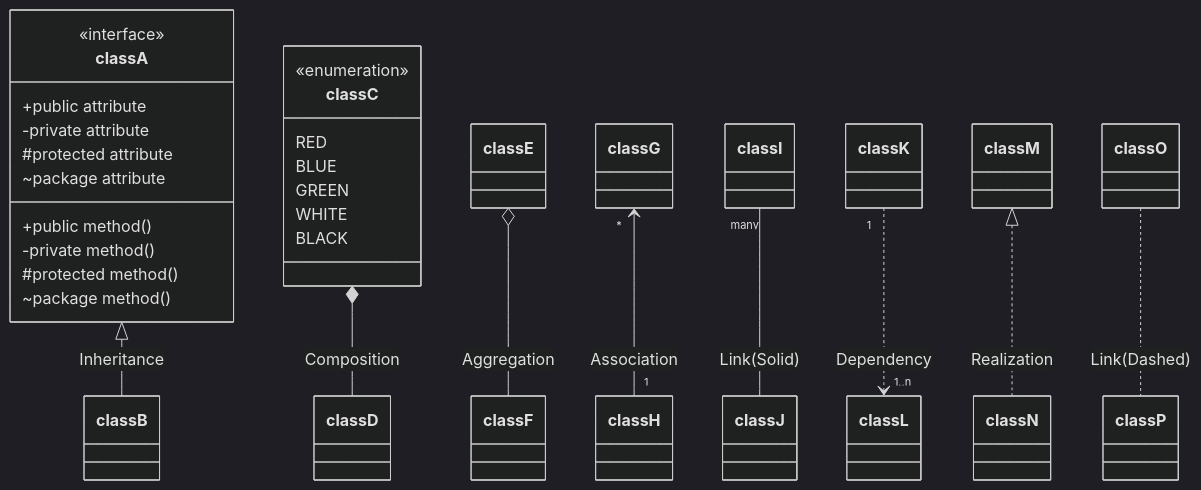
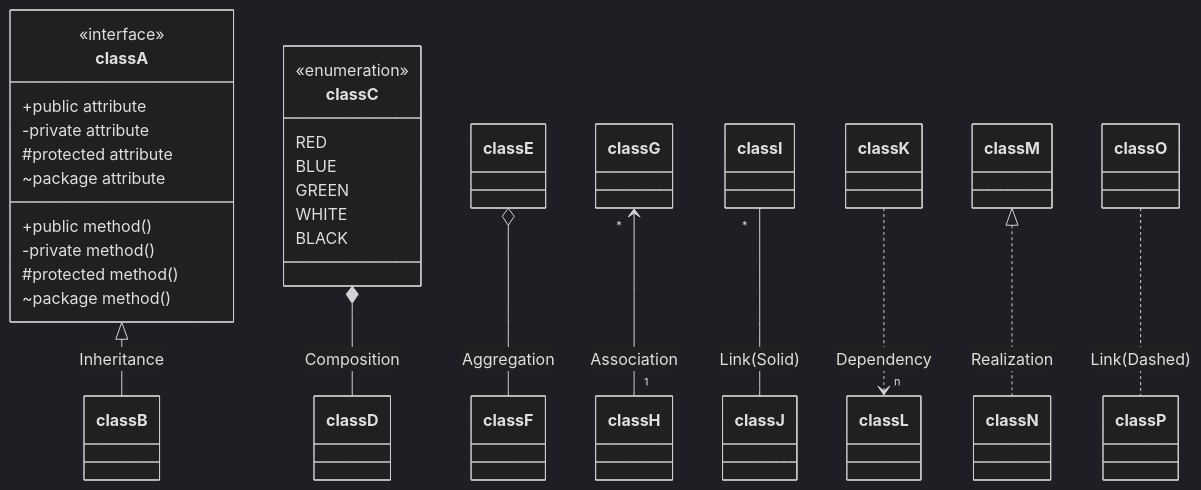
The fourth of 12 diagrams in released/demo/chart.md (MadMaxChow/VLOOK), drawn with Mermaid (dark theme) before and after one commit. The commit also changed other lines of this file and 96 other files, not shown here.

````diff
--- a/released/demo/chart.md
+++ b/released/demo/chart.md
@@ -219,32 +230,32 @@
 ```mermaid
 classDiagram
 classA <|-- classB : Inheritance
 classC *-- classD : Composition
 classE o-- classF : Aggregation
 classG "*" <-- "1" classH : Association
-classI "many" -- classJ : Link(Solid)
-classK "1" ..> "1..n" classL : Dependency
+classI "*" -- classJ : Link(Solid)
+classK ..> "n" classL : Dependency
 classM <|.. classN : Realization
 classO .. classP : Link(Dashed)
 
 class classA~Class~{
     <<interface>>
     +public attribute
     -private attribute
     #protected attribute
     ~package attribute
     +public method()
     -private method()
     #protected method()
     ~package method()
 }
 
 class classC{
     <<enumeration>>
     RED
     BLUE
     GREEN
     WHITE
     BLACK
 }
 ```
````
